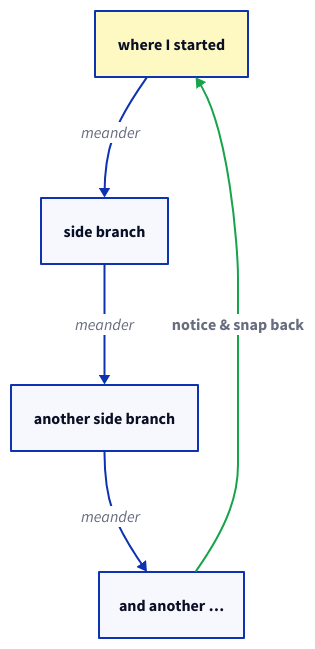
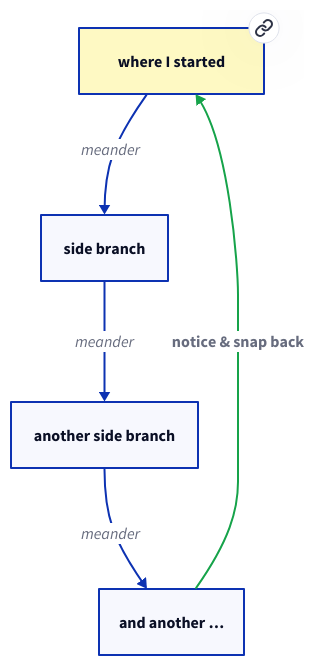
One commit to srid/emanote changed the diagram in docs/guide/lua-filters/diagrams.md. Above: the diagram before and after it, drawn with D2.

Commit message:
docs(diagrams): link the d2 root node to the source dialogue
`link:` on a d2 shape renders as a clickable anchor inside the
inline SVG. Point the `root` node at the "Silly or Sensible"
dialogue the meander exercise comes from, so a reader who clicks
"where I started" lands on the source.

````diff
--- a/docs/guide/lua-filters/diagrams.md
+++ b/docs/guide/lua-filters/diagrams.md
@@ -59,14 +59,17 @@
 ```d2
 direction: down
 
-root: "where I started" {style.fill: "#fef9c3"}
+root: "where I started" {
+  style.fill: "#fef9c3"
+  link: https://www.actualfreedom.com.au/richard/audiotapeddialogues/sillyorsensible.htm
+}
 b1: "side branch"
 b2: "another side branch"
 b3: "and another …"
 
 root -> b1: meander
 b1 -> b2: meander
 b2 -> b3: meander
 
 b3 -> root: "notice & snap back" {style.bold: true; style.stroke: "#16a34a"}
 ```
````
